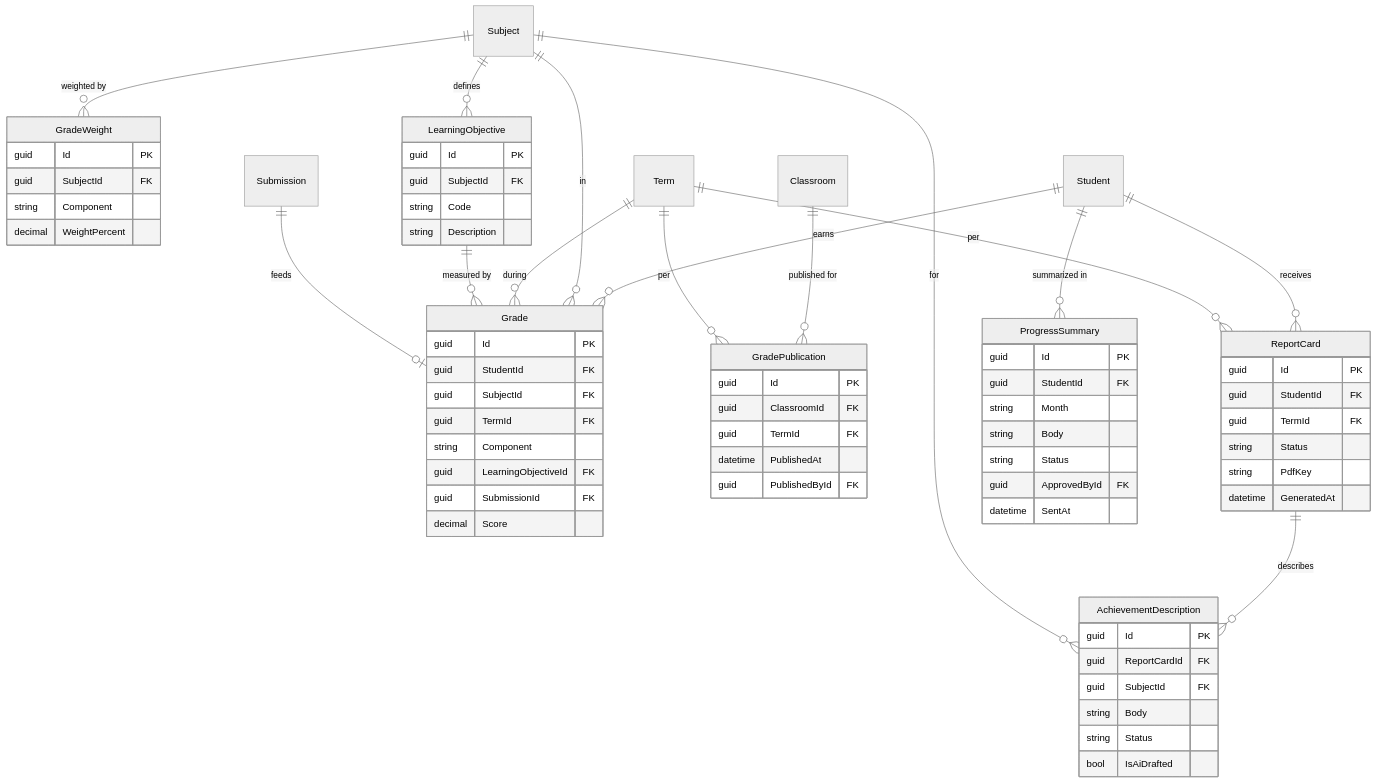
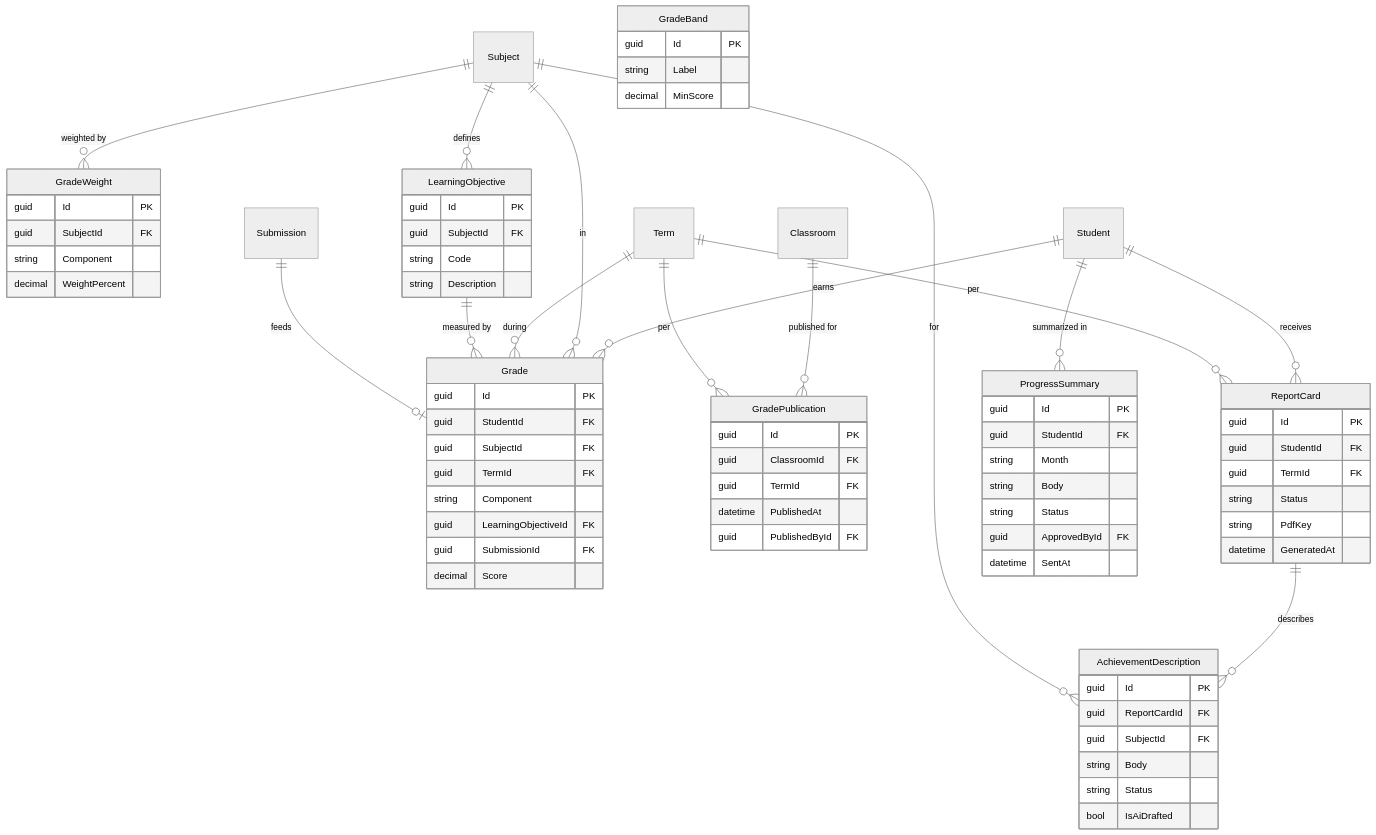
The fifth of 9 diagrams in docs/en/system-design.md (ridhwanhabib18/schomans), drawn with Mermaid (neutral theme) before and after one commit. The commit also changed other lines of this file and 3 other files, not shown here.

````diff
--- a/docs/en/system-design.md
+++ b/docs/en/system-design.md
@@ -310,73 +310,78 @@
 ```mermaid
 %% Source: diagrams/erd.mmd (grading & report cards)
 erDiagram
   Subject ||--o{ GradeWeight : "weighted by"
   Subject ||--o{ LearningObjective : "defines"
   Student ||--o{ Grade : "earns"
   Subject ||--o{ Grade : "in"
   Term ||--o{ Grade : "during"
   LearningObjective ||--o{ Grade : "measured by"
   Submission ||--o| Grade : "feeds"
   Classroom ||--o{ GradePublication : "published for"
   Term ||--o{ GradePublication : "per"
   Student ||--o{ ReportCard : "receives"
   Term ||--o{ ReportCard : "per"
   ReportCard ||--o{ AchievementDescription : "describes"
   Subject ||--o{ AchievementDescription : "for"
   Student ||--o{ ProgressSummary : "summarized in"
 
   GradeWeight {
     guid Id PK
     guid SubjectId FK
     string Component
     decimal WeightPercent
   }
   LearningObjective {
     guid Id PK
     guid SubjectId FK
     string Code
     string Description
   }
   Grade {
     guid Id PK
     guid StudentId FK
     guid SubjectId FK
     guid TermId FK
     string Component
     guid LearningObjectiveId FK
     guid SubmissionId FK
     decimal Score
   }
+  GradeBand {
+    guid Id PK
+    string Label
+    decimal MinScore
+  }
   GradePublication {
     guid Id PK
     guid ClassroomId FK
     guid TermId FK
     datetime PublishedAt
     guid PublishedById FK
   }
   ReportCard {
     guid Id PK
     guid StudentId FK
     guid TermId FK
     string Status
     string PdfKey
     datetime GeneratedAt
   }
   AchievementDescription {
     guid Id PK
     guid ReportCardId FK
     guid SubjectId FK
     string Body
     string Status
     bool IsAiDrafted
   }
   ProgressSummary {
     guid Id PK
     guid StudentId FK
     string Month
     string Body
     string Status
     guid ApprovedById FK
     datetime SentAt
   }
 ```
````
